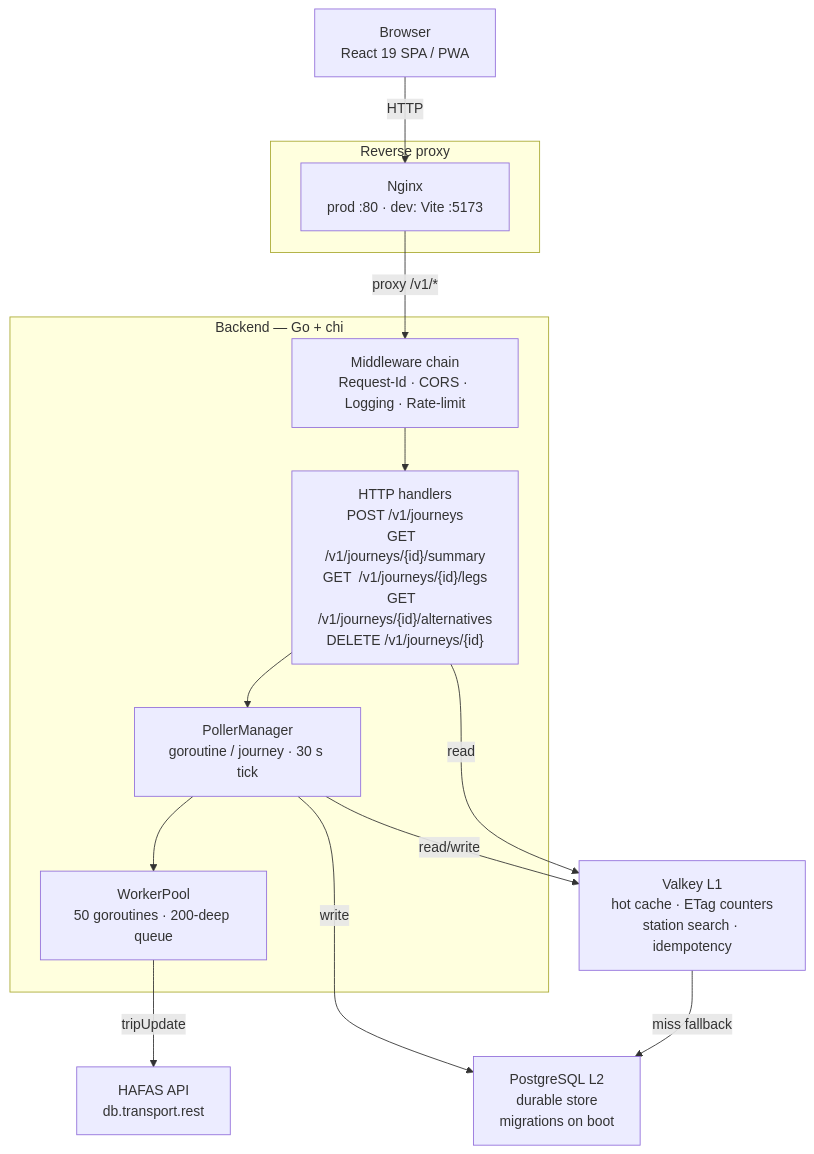
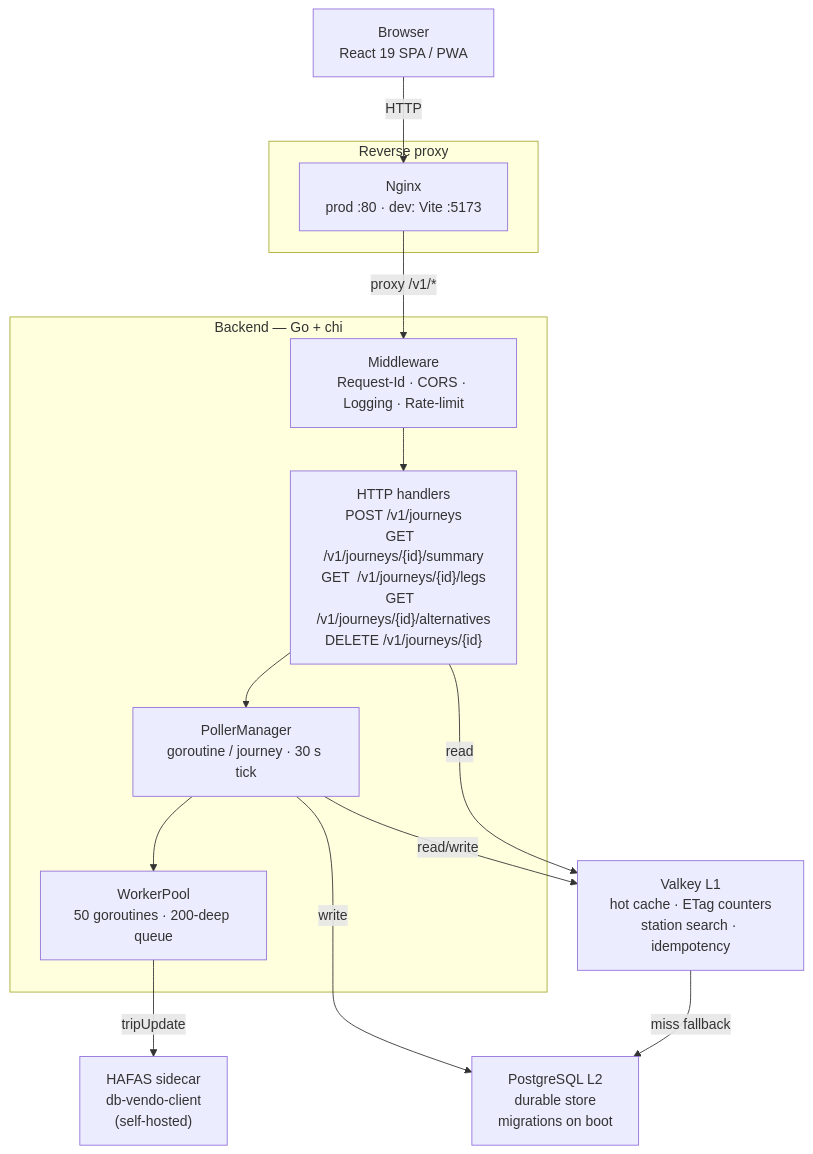
One commit to mgummich/train-delay-buddy changed the diagram in website/docs/architecture/overview.md. Above: the diagram before and after it, drawn with Mermaid. The commit also changed other lines of this file and 111 other files, not shown here.

````diff
--- a/website/docs/architecture/overview.md
+++ b/website/docs/architecture/overview.md
@@ -9,30 +9,30 @@
 ```mermaid
 graph TD
   Browser["Browser\nReact 19 SPA / PWA"]
 
   subgraph Proxy["Reverse proxy"]
     Nginx["Nginx\nprod :80  ·  dev: Vite :5173"]
   end
 
   subgraph BE["Backend — Go + chi"]
-    MW["Middleware chain\nRequest-Id · CORS · Logging · Rate-limit"]
+    MW["Middleware\nRequest-Id · CORS · Logging · Rate-limit"]
     Handlers["HTTP handlers\nPOST /v1/journeys\nGET  /v1/journeys/{id}/summary\nGET  /v1/journeys/{id}/legs\nGET  /v1/journeys/{id}/alternatives\nDELETE /v1/journeys/{id}"]
     Poller["PollerManager\ngoroutine / journey · 30 s tick"]
     Pool["WorkerPool\n50 goroutines · 200-deep queue"]
   end
 
-  HAFAS["HAFAS API\ndb.transport.rest"]
+  HAFAS["HAFAS sidecar\ndb-vendo-client\n(self-hosted)"]
   Valkey["Valkey L1\nhot cache · ETag counters\nstation search · idempotency"]
   Postgres["PostgreSQL L2\ndurable store\nmigrations on boot"]
 
   Browser -->|HTTP| Nginx
   Nginx   -->|proxy /v1/*| MW
   MW      --> Handlers
   Handlers --> Poller
   Poller  --> Pool
   Pool    -->|tripUpdate| HAFAS
   Poller  -->|read/write| Valkey
   Poller  -->|write| Postgres
   Handlers -->|read| Valkey
   Valkey  -->|miss fallback| Postgres
 ```
````
